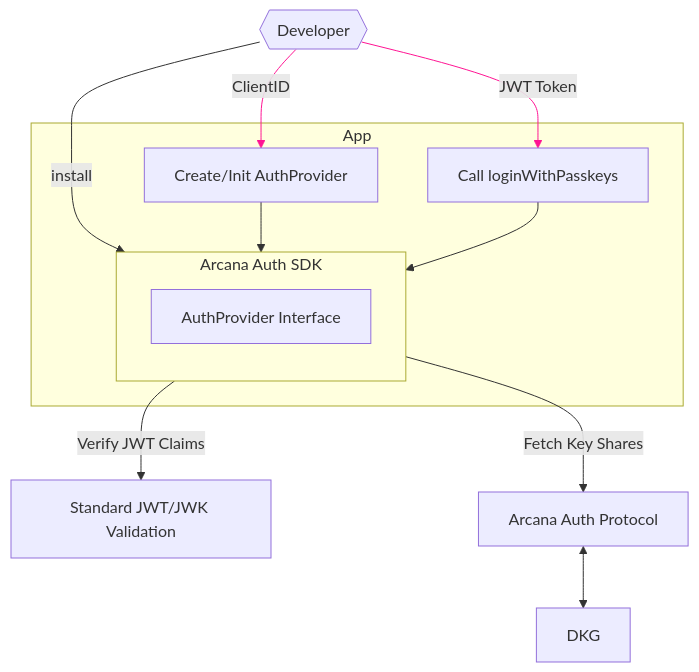
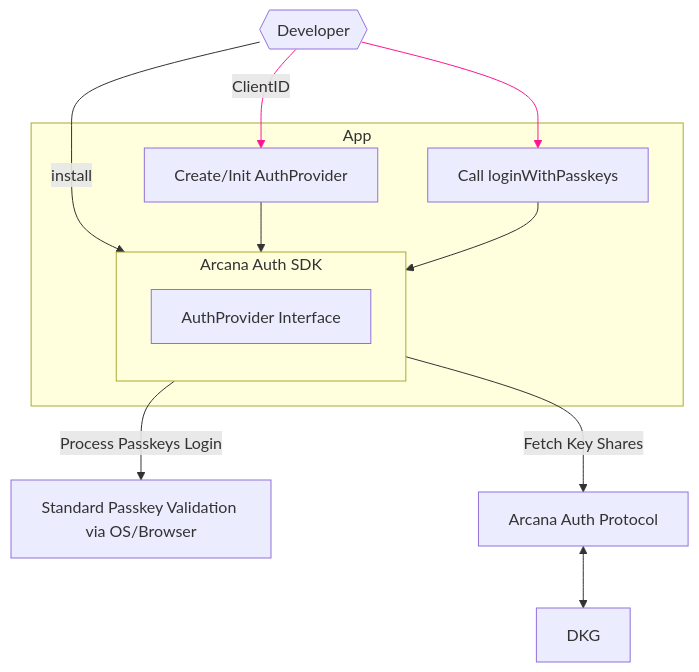
Before and after one commit to shaloo/docs.arcana: the fifth of 6 diagrams in docs/concepts/authtype/auth-passkeys.md, drawn with Mermaid. The commit also changed other lines of this file and 3 other files, not shown here.

Commit message:
Add Passkey usage Mermaid diagram

````diff
--- a/docs/concepts/authtype/auth-passkeys.md
+++ b/docs/concepts/authtype/auth-passkeys.md
@@ -73,17 +85,17 @@
     ```mermaid
     graph TD
         DFLA{{Developer}} --install --> authsdk
         DFLA --ClientID -->AUTHP
-        DFLA --JWT Token -->COA
+        DFLA -->COA
         subgraph app[App]
             AUTHP[Create/Init AuthProvider] --> authsdk
             COA[Call loginWithPasskeys] --> authsdk
             subgraph authsdk[Arcana Auth SDK]
             direction TB 
                 SDK1[AuthProvider Interface] 
             end
         end
         linkStyle 1,2 stroke: deeppink;
-        authsdk --Verify JWT Claims --> STD[Standard JWT/JWK Validation]
+        authsdk --Process Passkeys Login --> STD[Standard Passkey Validation via OS/Browser]
         authsdk --Fetch Key Shares --> BEP[Arcana Auth Protocol] <--> BEK[DKG]
     ```
````
